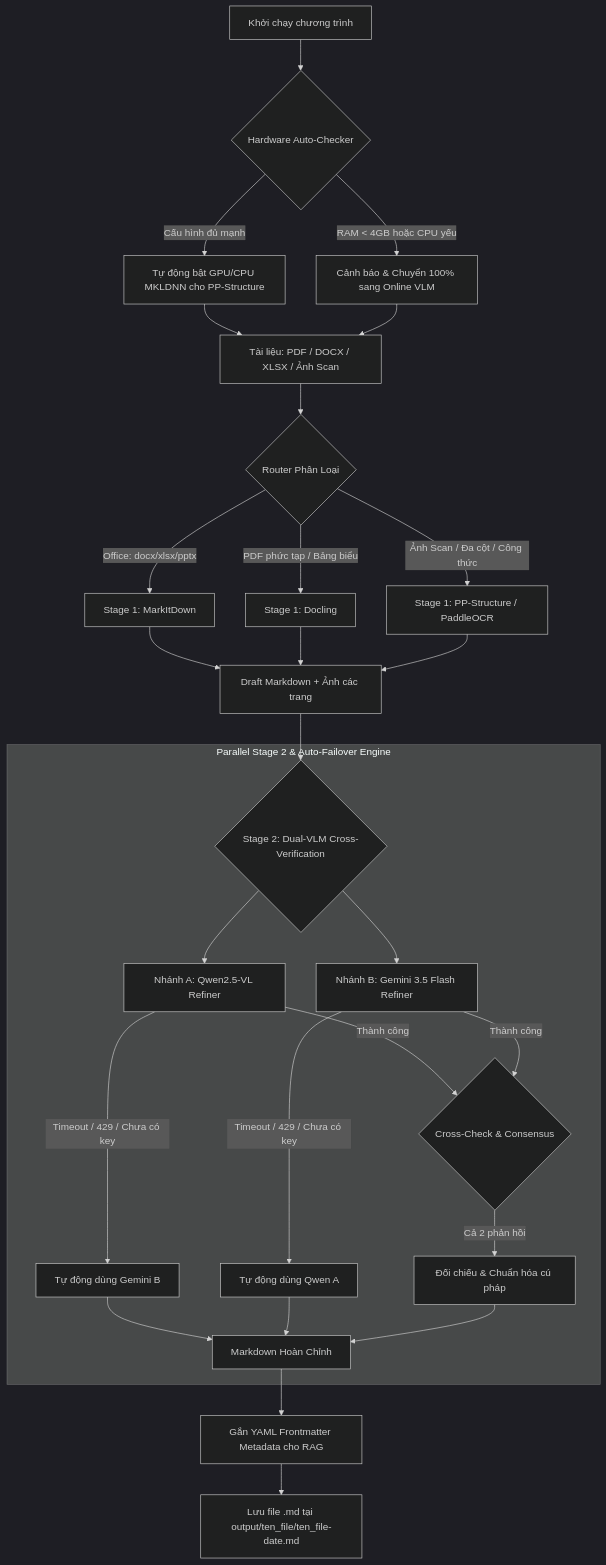
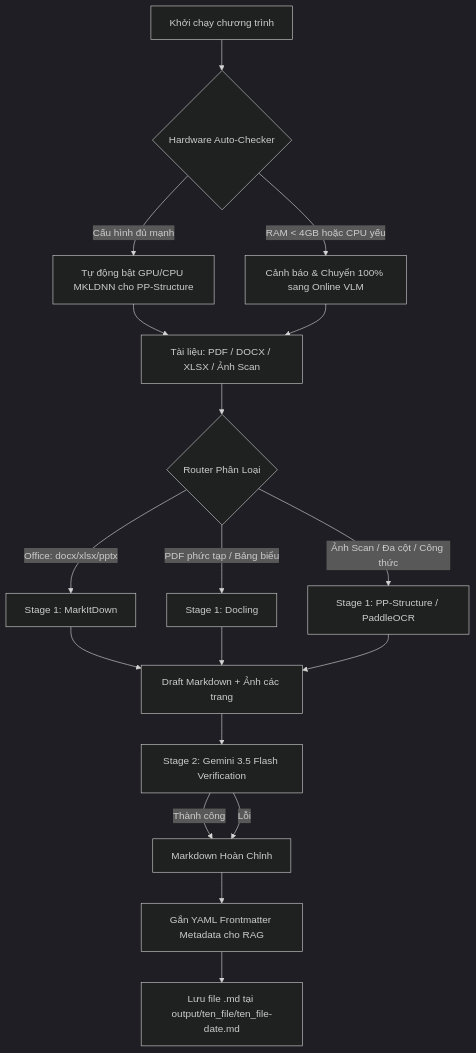
One commit to nmploc/personal-doc-crawler changed the diagram in README.md. Above: the diagram before and after it, drawn with Mermaid (dark theme). The commit also changed other lines of this file and 9 other files, not shown here.

Commit message:
refactor: remove Qwen and switch to Gemini-only verification

````diff
--- a/README.md
+++ b/README.md
@@ -21,39 +21,26 @@
 ```mermaid
 flowchart TD
     A[Khởi chạy chương trình] --> B{Hardware Auto-Checker}
     B -->|RAM < 4GB hoặc CPU yếu| C[Cảnh báo & Chuyển 100% sang Online VLM]
     B -->|Cấu hình đủ mạnh| D[Tự động bật GPU/CPU MKLDNN cho PP-Structure]
     
     D --> E[Tài liệu: PDF / DOCX / XLSX / Ảnh Scan]
     C --> E
     
     E --> F{Router Phân Loại}
     F -->|Office: docx/xlsx/pptx| G[Stage 1: MarkItDown]
     F -->|PDF phức tạp / Bảng biểu| H[Stage 1: Docling]
     F -->|Ảnh Scan / Đa cột / Công thức| I[Stage 1: PP-Structure / PaddleOCR]
     
     G --> J[Draft Markdown + Ảnh các trang]
     H --> J
     I --> J
     
-    J --> K{Stage 2: Dual-VLM Cross-Verification}
+    J --> K[Stage 2: Gemini 3.5 Flash Verification]
     
-    subgraph Parallel Stage 2 & Auto-Failover Engine
-        K --> L[Nhánh A: Qwen2.5-VL Refiner]
-        K --> M[Nhánh B: Gemini 3.5 Flash Refiner]
-        
-        L -->|Thành công| N{Cross-Check & Consensus}
-        L -->|Timeout / 429 / Chưa có key| O[Tự động dùng Gemini B]
-        
-        M -->|Thành công| N
-        M -->|Timeout / 429 / Chưa có key| P[Tự động dùng Qwen A]
-        
-        N -->|Cả 2 phản hồi| Q[Đối chiếu & Chuẩn hóa cú pháp]
-        O --> R[Markdown Hoàn Chỉnh]
-        P --> R
-        Q --> R
-    end
+    K -->|Thành công| R[Markdown Hoàn Chỉnh]
+    K -->|Lỗi| R
     
     R --> S[Gắn YAML Frontmatter Metadata cho RAG]
     S --> T[Lưu file .md tại output/ten_file/ten_file-date.md]
 ```
````
